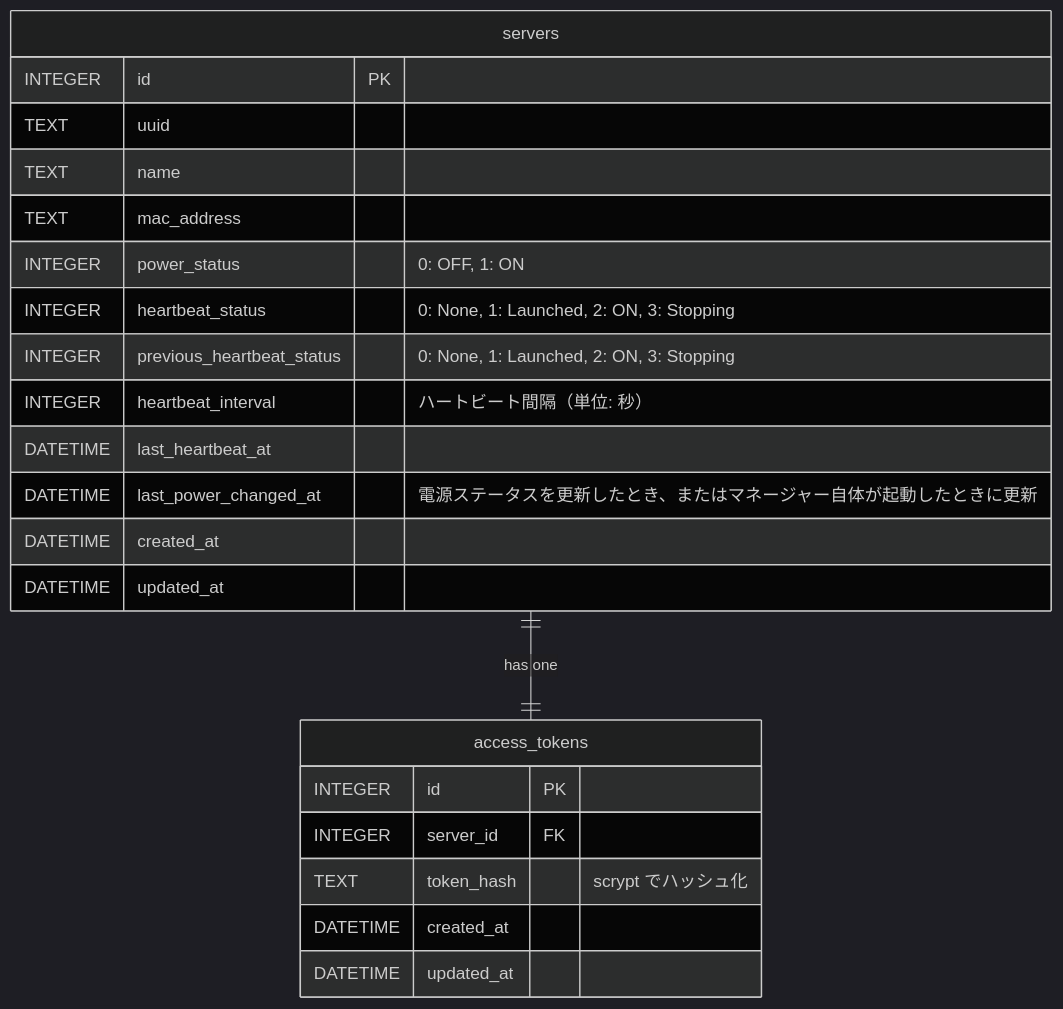
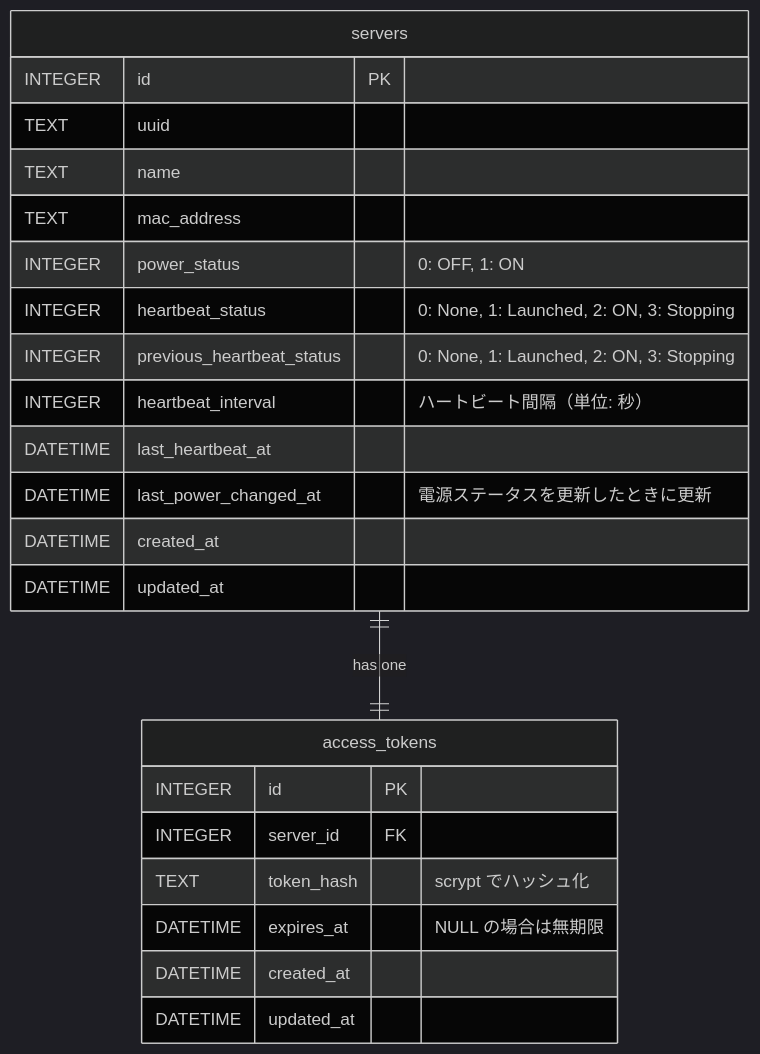
One commit to ichi-h/komoriuta changed the second of 5 diagrams in docs/sdd.md. Above: the diagram before and after it, drawn with Mermaid (dark theme). The commit also changed other lines of this file and 1 other file, not shown here.

````diff
--- a/docs/sdd.md
+++ b/docs/sdd.md
@@ -44,27 +48,28 @@
 ```mermaid
 erDiagram
   servers {
     INTEGER id PK
     TEXT uuid
     TEXT name
     TEXT mac_address
     INTEGER power_status "0: OFF, 1: ON"
     INTEGER heartbeat_status "0: None, 1: Launched, 2: ON, 3: Stopping"
     INTEGER previous_heartbeat_status "0: None, 1: Launched, 2: ON, 3: Stopping"
     INTEGER heartbeat_interval "ハートビート間隔（単位: 秒）"
     DATETIME last_heartbeat_at
-    DATETIME last_power_changed_at "電源ステータスを更新したとき、またはマネージャー自体が起動したときに更新"
+    DATETIME last_power_changed_at "電源ステータスを更新したときに更新"
     DATETIME created_at
     DATETIME updated_at
   }
 
   access_tokens {
     INTEGER id PK
     INTEGER server_id FK
     TEXT token_hash "scrypt でハッシュ化"
+    DATETIME expires_at "NULL の場合は無期限"
     DATETIME created_at
     DATETIME updated_at
   }
 
   servers ||--|| access_tokens: "has one"
 ```
````
